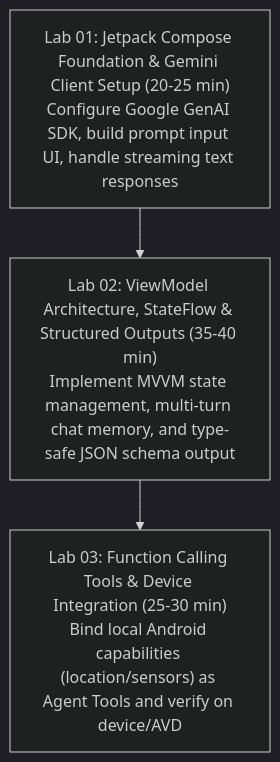
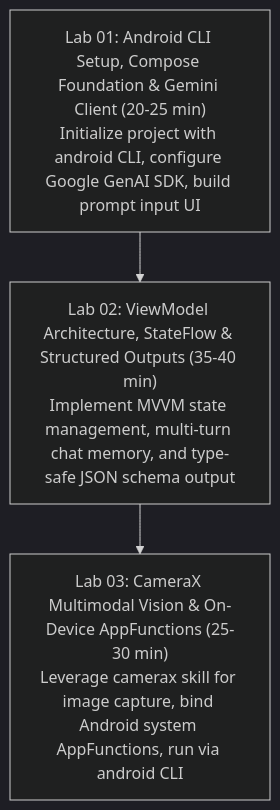
The diagram in skills/android-workshop-builder/SKILL.md (JAICHANGPARK/workshop-harness), drawn with Mermaid (dark theme) before and after one commit. The commit also changed other lines of this file and 6 other files, not shown here.

Commit message:
feat(android): integrate official google android cli and android skills ecosystem

````diff
--- a/skills/android-workshop-builder/SKILL.md
+++ b/skills/android-workshop-builder/SKILL.md
@@ -32,8 +89,8 @@
 ```mermaid
 flowchart TD
-    Lab1["Lab 01: Jetpack Compose Foundation & Gemini Client Setup (20-25 min)<br>Configure Google GenAI SDK, build prompt input UI, handle streaming text responses"]
+    Lab1["Lab 01: Android CLI Setup, Compose Foundation & Gemini Client (20-25 min)<br>Initialize project with android CLI, configure Google GenAI SDK, build prompt input UI"]
     Lab2["Lab 02: ViewModel Architecture, StateFlow & Structured Outputs (35-40 min)<br>Implement MVVM state management, multi-turn chat memory, and type-safe JSON schema output"]
-    Lab3["Lab 03: Function Calling Tools & Device Integration (25-30 min)<br>Bind local Android capabilities (location/sensors) as Agent Tools and verify on device/AVD"]
+    Lab3["Lab 03: CameraX Multimodal Vision & On-Device AppFunctions (25-30 min)<br>Leverage camerax skill for image capture, bind Android system AppFunctions, run via android CLI"]
 
     Lab1 --> Lab2 --> Lab3
 ```
````
